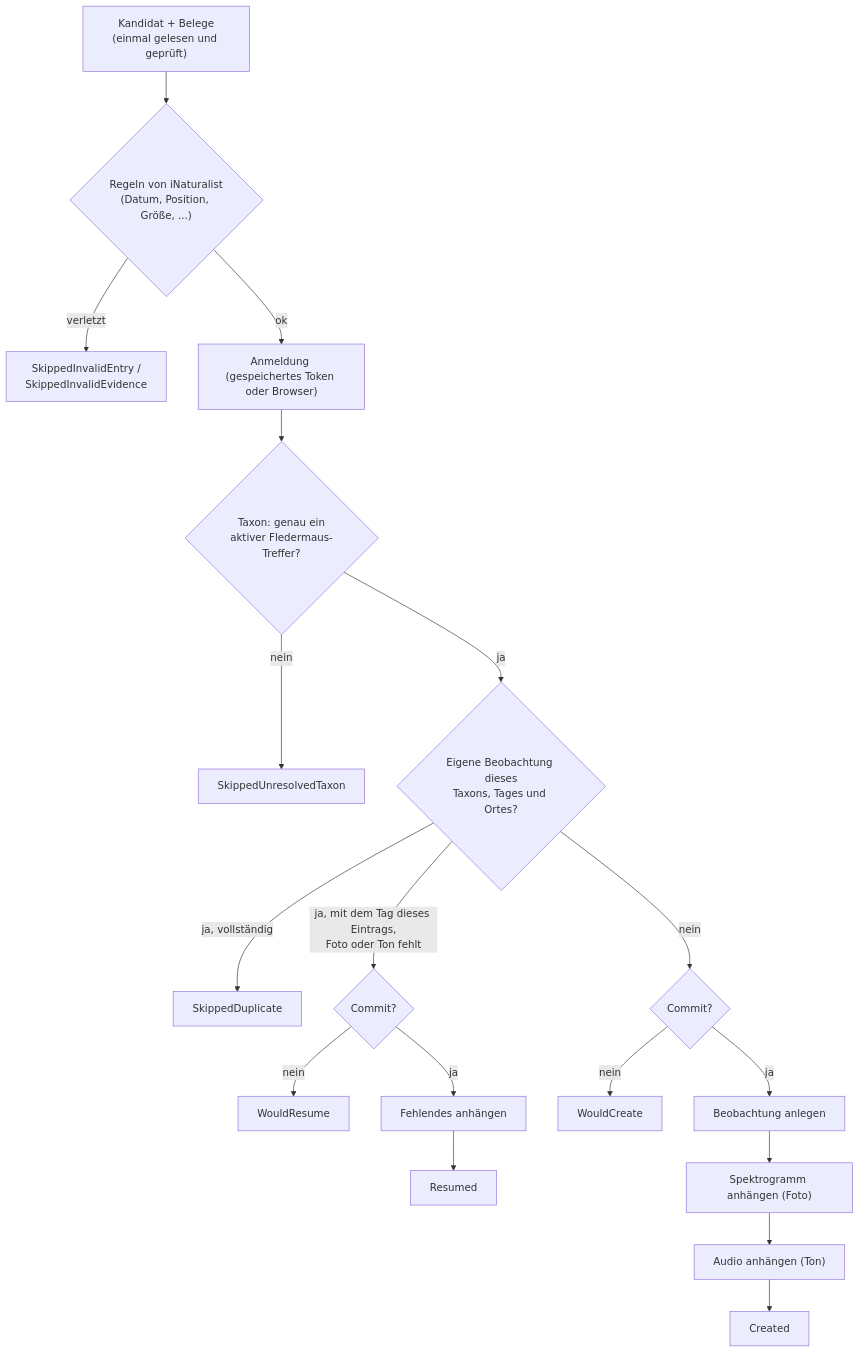
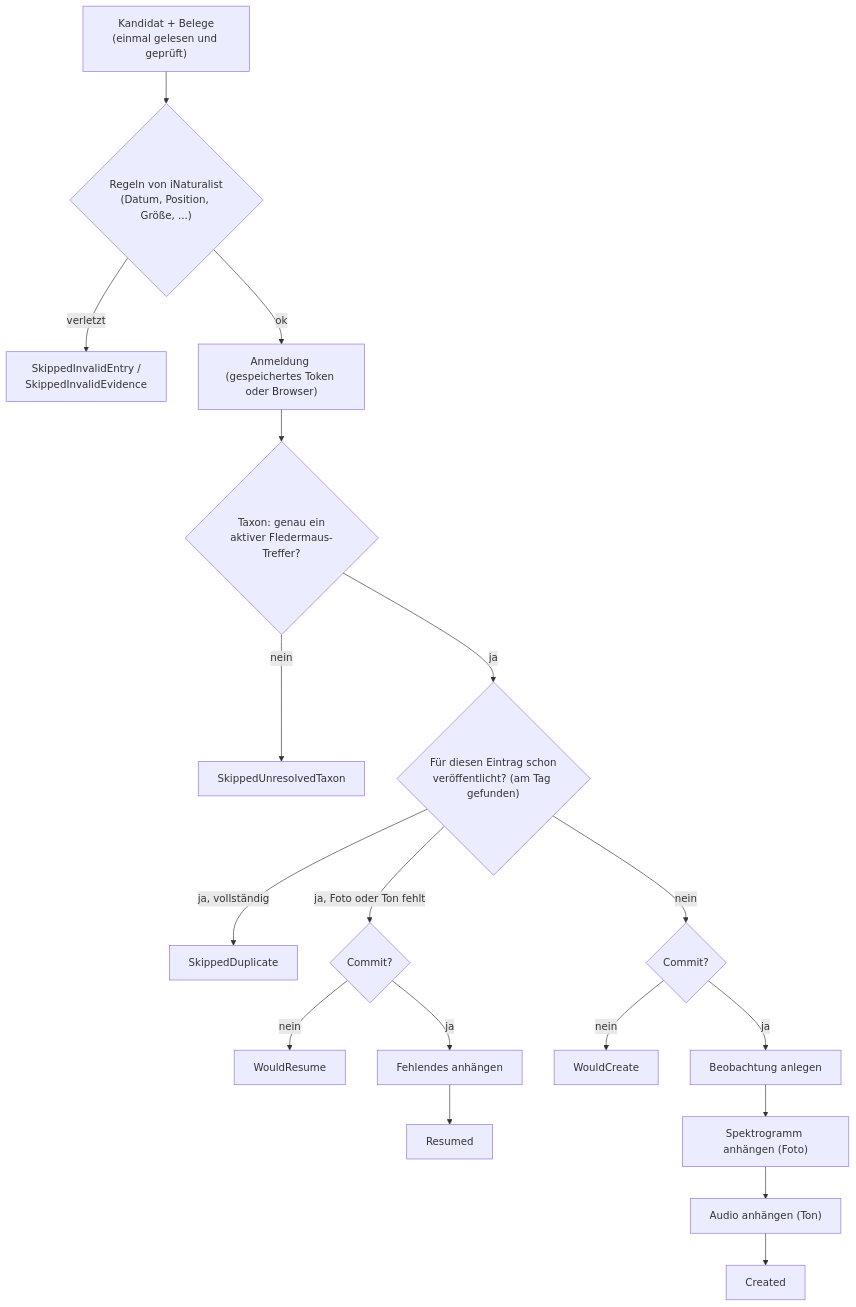
The diagram in docs/inaturalist.de.md (microglossum/batinspector-publisher), drawn with Mermaid before and after one commit. The commit also changed other lines of this file and 25 other files, not shown here.

````diff
--- a/docs/inaturalist.de.md
+++ b/docs/inaturalist.de.md
@@ -15,20 +15,20 @@
 ```mermaid
 flowchart TD
     A["Kandidat + Belege<br/>(einmal gelesen und geprüft)"] --> B{"Regeln von iNaturalist<br/>(Datum, Position, Größe, ...)"}
     B -->|verletzt| S1["SkippedInvalidEntry /<br/>SkippedInvalidEvidence"]
     B -->|ok| C["Anmeldung (gespeichertes Token oder Browser)"]
     C --> D{"Taxon: genau ein<br/>aktiver Fledermaus-Treffer?"}
     D -->|nein| S2["SkippedUnresolvedTaxon"]
-    D -->|ja| E{"Eigene Beobachtung dieses<br/>Taxons, Tages und Ortes?"}
+    D -->|ja| E{"Für diesen Eintrag schon<br/>veröffentlicht? (am Tag gefunden)"}
     E -->|"ja, vollständig"| S3["SkippedDuplicate"]
-    E -->|"ja, mit dem Tag dieses Eintrags,<br/>Foto oder Ton fehlt"| G{"Commit?"}
+    E -->|"ja, Foto oder Ton fehlt"| G{"Commit?"}
     E -->|nein| H{"Commit?"}
     G -->|nein| W1["WouldResume"]
     G -->|ja| K["Fehlendes anhängen"]
     H -->|nein| W2["WouldCreate"]
     H -->|ja| I["Beobachtung anlegen"]
     I --> J["Spektrogramm anhängen (Foto)"]
     J --> K2["Audio anhängen (Ton)"]
     K --> R["Resumed"]
     K2 --> CR["Created"]
 ```
````
